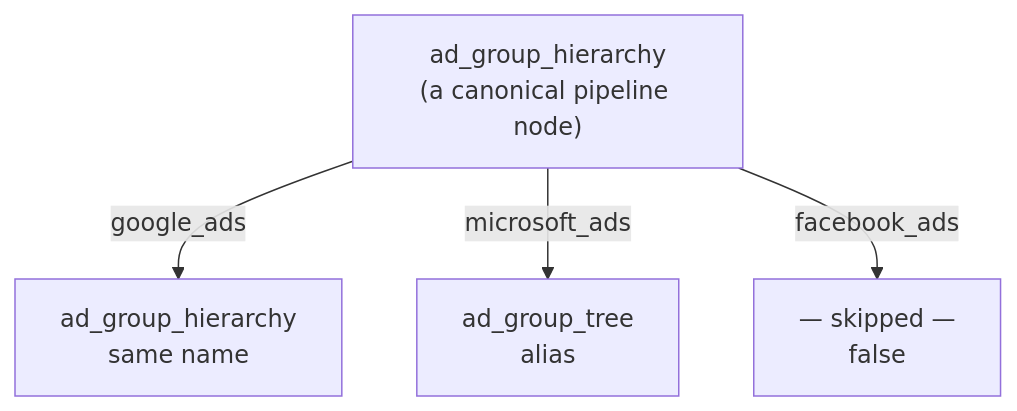
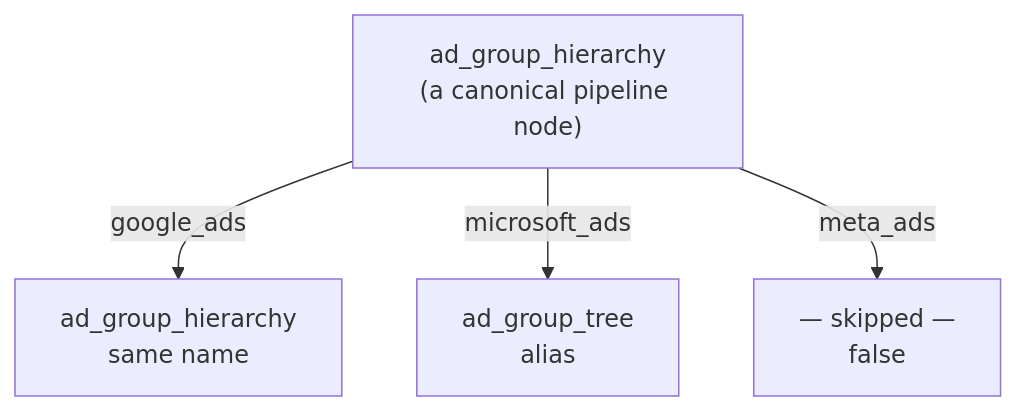
Before and after one commit to karthick-jaganathan/ADaPT-ETL: the fourth of 5 diagrams in docs/architecture.md, drawn with Mermaid. The commit also changed 41 other files, not shown here.

First line of the commit message:
Rename the Facebook Ads connector to Meta Ads

````diff
--- a/docs/architecture.md
+++ b/docs/architecture.md
@@ -142,7 +142,7 @@
 ```mermaid
 flowchart TB
     agh["ad_group_hierarchy<br/>(a canonical pipeline node)"]
     agh -->|google_ads| G["ad_group_hierarchy<br/>same name"]
     agh -->|microsoft_ads| M["ad_group_tree<br/>alias"]
-    agh -->|facebook_ads| F["— skipped —<br/>false"]
+    agh -->|meta_ads| F["— skipped —<br/>false"]
 ```
````
